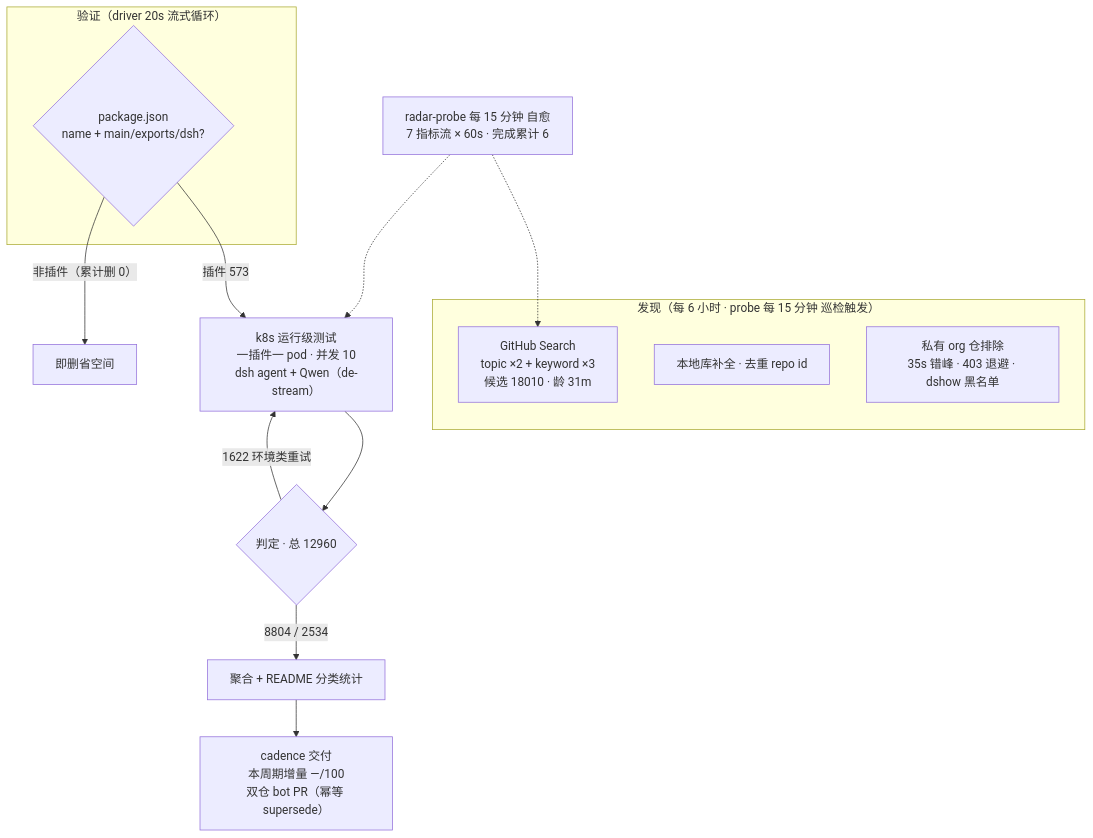
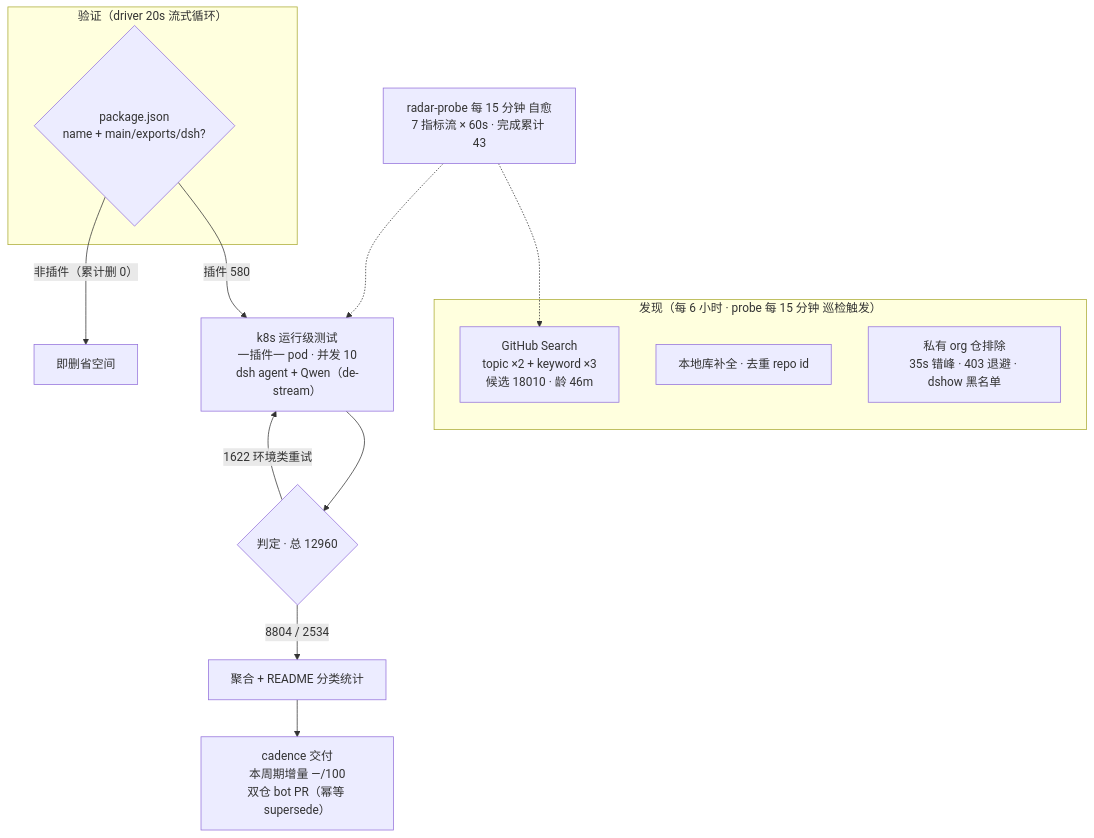
The diagram in README.md (AdamPlatin123/awesome-dsh-plugins), drawn with Mermaid before and after one commit. The commit also changed other lines of this file and 5 other files, not shown here.

````diff
--- a/README.md
+++ b/README.md
@@ -52,20 +52,20 @@
 ```mermaid
 flowchart TB
     subgraph Discovery["发现（每 6 小时 · probe 每 15 分钟 巡检触发）"]
-        A1["GitHub Search<br/>topic ×2 + keyword ×3<br/>候选 18010 · 龄 31m"]
+        A1["GitHub Search<br/>topic ×2 + keyword ×3<br/>候选 18010 · 龄 46m"]
         A2["本地库补全 · 去重 repo id"]
         A3["私有 org 仓排除<br/>35s 错峰 · 403 退避 · dshow 黑名单"]
     end
     subgraph Validation["验证（driver 20s 流式循环）"]
         B1{"package.json<br/>name + main/exports/dsh?"}
     end
-    B1 -->|"插件 573"| C1["k8s 运行级测试<br/>一插件一 pod · 并发 10<br/>dsh agent + Qwen（de-stream）"]
+    B1 -->|"插件 580"| C1["k8s 运行级测试<br/>一插件一 pod · 并发 10<br/>dsh agent + Qwen（de-stream）"]
     B1 -->|"非插件（累计删 0）"| B3["即删省空间"]
     C1 --> D1{"判定 · 总 12960"}
     D1 -->|"8804 / 2534"| E1["聚合 + README 分类统计"]
     D1 -->|"1622 环境类重试"| C1
     E1 --> E2["cadence 交付<br/>本周期增量 —/100<br/>双仓 bot PR（幂等 supersede）"]
-    M["radar-probe 每 15 分钟 自愈<br/>7 指标流 × 60s · 完成累计 6"]
+    M["radar-probe 每 15 分钟 自愈<br/>7 指标流 × 60s · 完成累计 43"]
     M -.-> A1
     M -.-> C1
 ```
````
